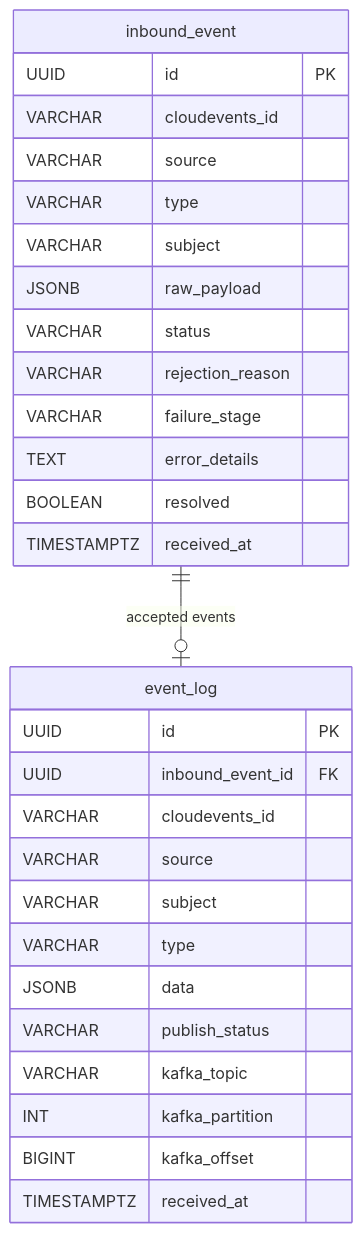
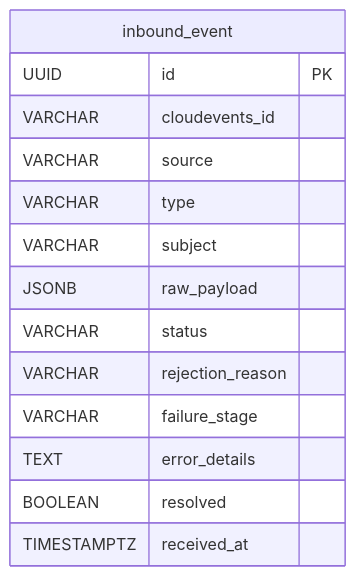
One commit to Jayaprakash8887/cce-collector-service changed the sixth of 7 diagrams in docs/flow-diagrams.md. Above: the diagram before and after it, drawn with Mermaid. The commit also changed other lines of this file and 6 other files, not shown here.

````diff
--- a/docs/flow-diagrams.md
+++ b/docs/flow-diagrams.md
@@ -241,34 +204,17 @@
 ```mermaid
 erDiagram
     inbound_event {
         UUID id PK
         VARCHAR cloudevents_id
         VARCHAR source
         VARCHAR type
         VARCHAR subject
         JSONB raw_payload
         VARCHAR status
         VARCHAR rejection_reason
         VARCHAR failure_stage
         TEXT error_details
         BOOLEAN resolved
         TIMESTAMPTZ received_at
     }
-
-    event_log {
-        UUID id PK
-        UUID inbound_event_id FK
-        VARCHAR cloudevents_id
-        VARCHAR source
-        VARCHAR subject
-        VARCHAR type
-        JSONB data
-        VARCHAR publish_status
-        VARCHAR kafka_topic
-        INT kafka_partition
-        BIGINT kafka_offset
-        TIMESTAMPTZ received_at
-    }
-
-    inbound_event ||--o| event_log : "accepted events"
 ```
````
